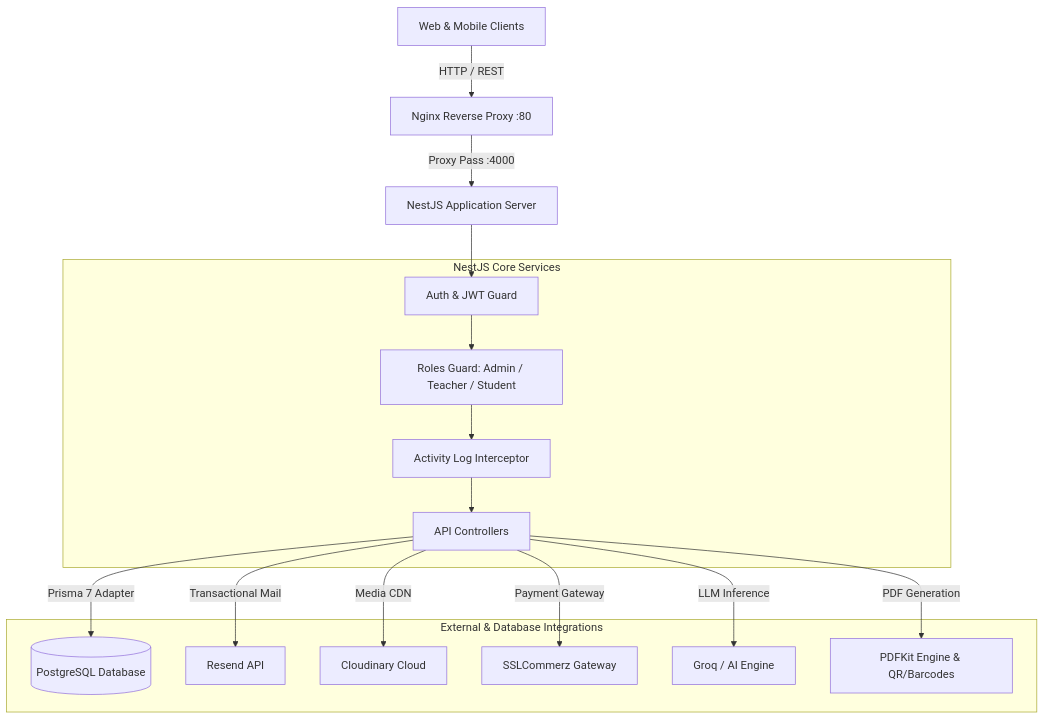
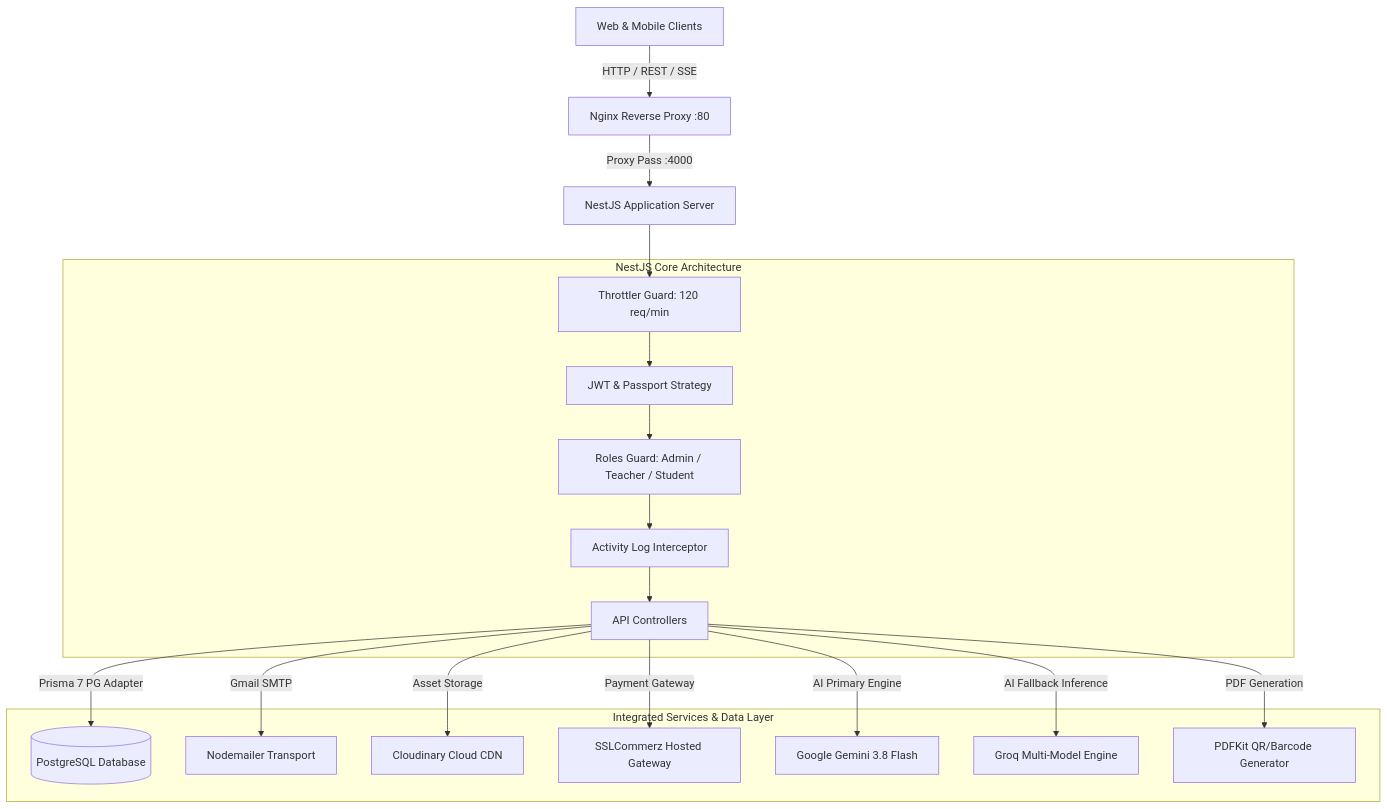
One commit to imamhossenbu/lms-backend changed the diagram in README.md. Above: the diagram before and after it, drawn with Mermaid. The commit also changed other lines of this file, not shown here.

Commit message:
docs: update README.md with comprehensive AI suite, Swagger, and API documentation

````diff
--- a/README.md
+++ b/README.md
@@ -100,26 +115,29 @@
 ```mermaid
 graph TD
-    Client[Web & Mobile Clients] -->|HTTP / REST| Nginx[Nginx Reverse Proxy :80]
+    Client[Web & Mobile Clients] -->|HTTP / REST / SSE| Nginx[Nginx Reverse Proxy :80]
     Nginx -->|Proxy Pass :4000| NestApp[NestJS Application Server]
     
-    subgraph NestJS Core Services
-        Auth[Auth & JWT Guard]
+    subgraph NestJS Core Architecture
+        Throttler[Throttler Guard: 120 req/min]
+        Auth[JWT & Passport Strategy]
         RBAC[Roles Guard: Admin / Teacher / Student]
-        Logger[Activity Log Interceptor]
+        Audit[Activity Log Interceptor]
         Controllers[API Controllers]
     end
     
-    NestApp --> Auth
+    NestApp --> Throttler
+    Throttler --> Auth
     Auth --> RBAC
-    RBAC --> Logger
-    Logger --> Controllers
+    RBAC --> Audit
+    Audit --> Controllers
     
-    subgraph External & Database Integrations
-        Controllers -->|Prisma 7 Adapter| DB[(PostgreSQL Database)]
-        Controllers -->|Transactional Mail| Resend[Resend API]
-        Controllers -->|Media CDN| Cloudinary[Cloudinary Cloud]
-        Controllers -->|Payment Gateway| SSLCommerz[SSLCommerz Gateway]
-        Controllers -->|LLM Inference| Groq[Groq / AI Engine]
-        Controllers -->|PDF Generation| PDFKit[PDFKit Engine & QR/Barcodes]
+    subgraph Integrated Services & Data Layer
+        Controllers -->|Prisma 7 PG Adapter| DB[(PostgreSQL Database)]
+        Controllers -->|Gmail SMTP| Mail[Nodemailer Transport]
+        Controllers -->|Asset Storage| Cloudinary[Cloudinary Cloud CDN]
+        Controllers -->|Payment Gateway| SSLCommerz[SSLCommerz Hosted Gateway]
+        Controllers -->|AI Primary Engine| Gemini[Google Gemini 3.8 Flash]
+        Controllers -->|AI Fallback Inference| Groq[Groq Multi-Model Engine]
+        Controllers -->|PDF Generation| PDFKit[PDFKit QR/Barcode Generator]
     end
 ```
````
